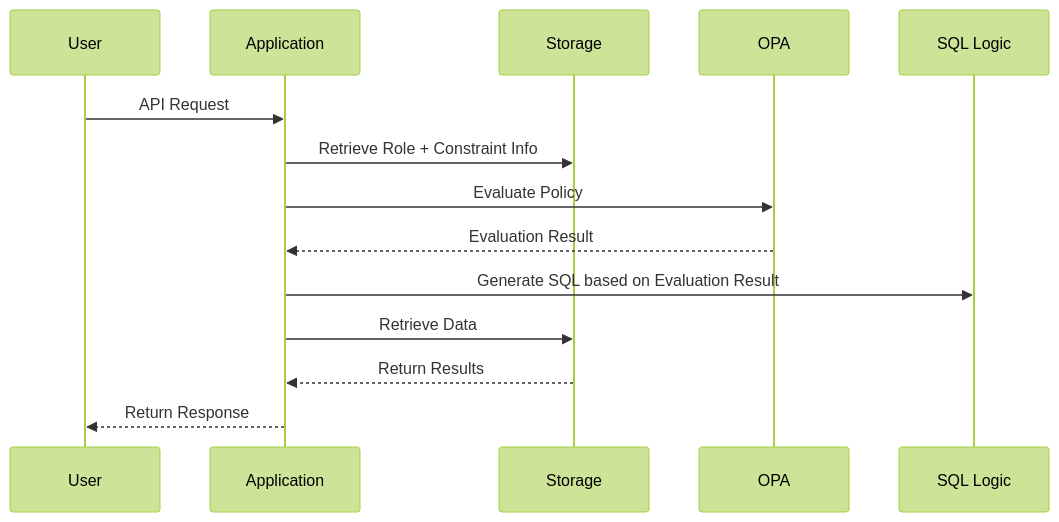
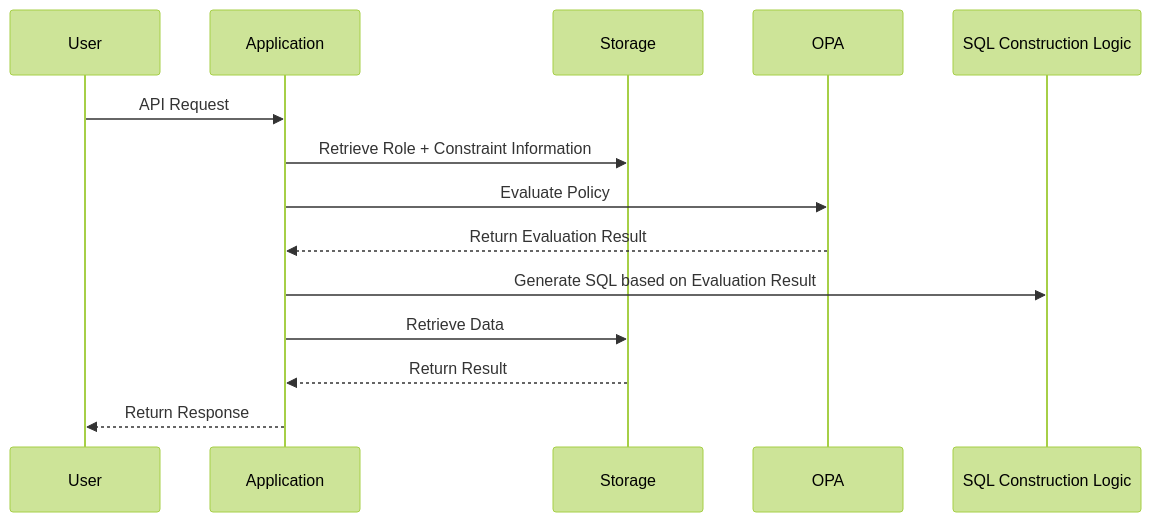
Before and after one commit to bmf-san/bmf-tech: the first of 2 diagrams in content/en/posts/access-control-patterns-using-opa.md, drawn with Mermaid (forest theme). The commit also changed other lines of this file and 989 other files, not shown here.

````diff
--- a/content/en/posts/access-control-patterns-using-opa.md
+++ b/content/en/posts/access-control-patterns-using-opa.md
@@ -87,17 +86,17 @@
 ```mermaid
 sequenceDiagram
     participant User as User
     participant App as Application
     participant RoleDB as Storage
     participant OPA as OPA
-    participant SQL as SQL Logic
+    participant SQL as SQL Construction Logic
 
     User->>App: API Request
-    App->>RoleDB: Retrieve Role + Constraint Info
+    App->>RoleDB: Retrieve Role + Constraint Information
     App->>OPA: Evaluate Policy
-    OPA-->>App: Evaluation Result
+    OPA-->>App: Return Evaluation Result
     App->>SQL: Generate SQL based on Evaluation Result
     App->>RoleDB: Retrieve Data
-    RoleDB-->>App: Return Results
+    RoleDB-->>App: Return Result
     App-->>User: Return Response
 ```
````
